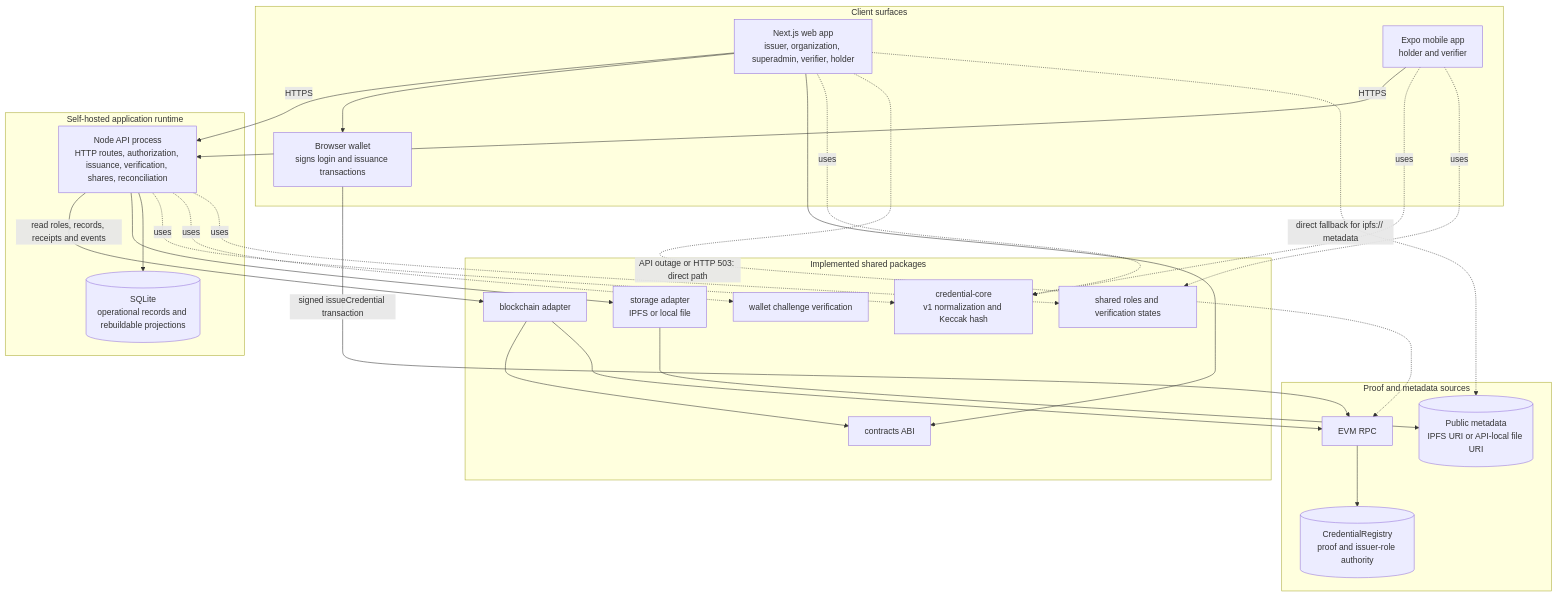
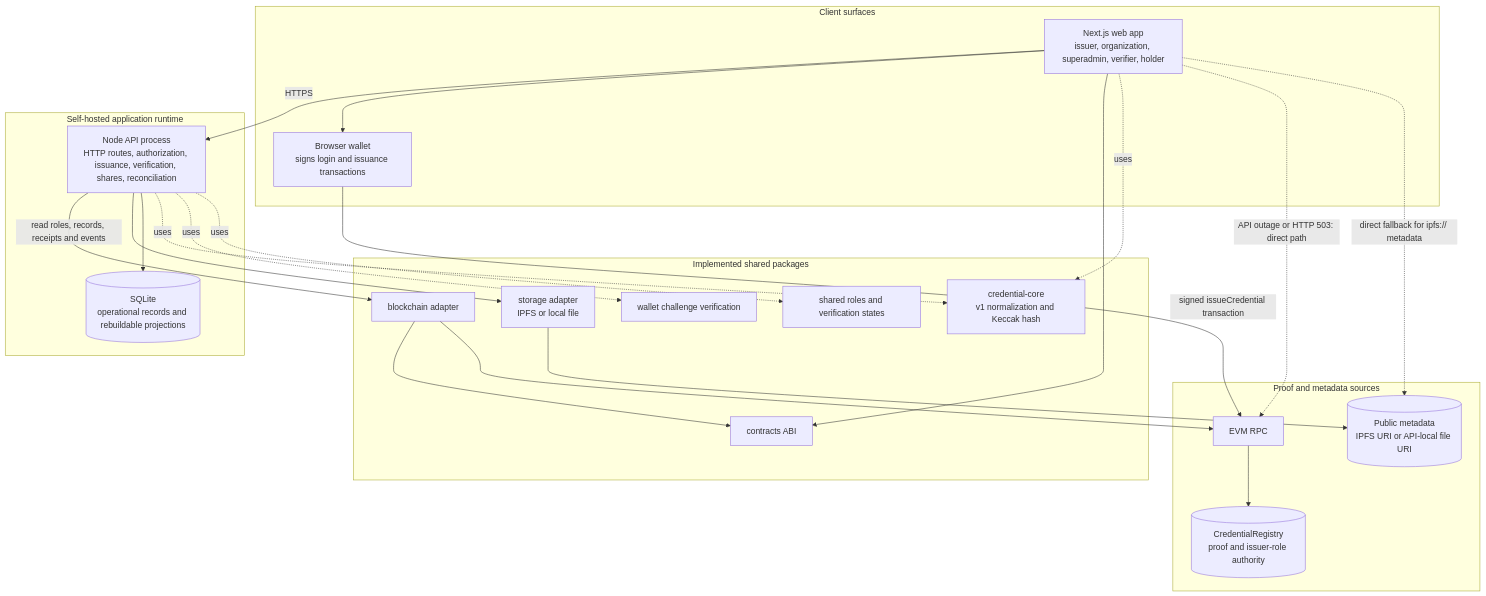
The first of 3 diagrams in presentation/content.md (vishnunathasuresh/credora), drawn with Mermaid before and after one commit. The commit also changed other lines of this file and 42 other files, not shown here.

Commit message:
Remove native mobile app

````diff
--- a/presentation/content.md
+++ b/presentation/content.md
@@ -91,49 +90,45 @@
 ```mermaid
 flowchart TB
   subgraph Clients[Client surfaces]
     Web[Next.js web app<br/>issuer, organization, superadmin, verifier, holder]
-    Mobile[Expo mobile app<br/>holder and verifier]
     Wallet[Browser wallet<br/>signs login and issuance transactions]
   end
 
   subgraph AppPackages[Implemented shared packages]
     Core[credential-core<br/>v1 normalization and Keccak hash]
     Chain[blockchain adapter]
     Abi[contracts ABI]
     Storage[storage adapter<br/>IPFS or local file]
     Auth[wallet challenge verification]
     Shared[shared roles and verification states]
   end
 
   subgraph Runtime[Self-hosted application runtime]
     API[Node API process<br/>HTTP routes, authorization, issuance, verification, shares, reconciliation]
     DB[(SQLite<br/>operational records and rebuildable projections)]
   end
 
   subgraph ProofSources[Proof and metadata sources]
     RPC[EVM RPC]
     Registry[(CredentialRegistry<br/>proof and issuer-role authority)]
     Metadata[(Public metadata<br/>IPFS URI or API-local file URI)]
   end
 
   Web -->|HTTPS| API
-  Mobile -->|HTTPS| API
   Web --> Wallet
   Wallet -->|signed issueCredential transaction| RPC
   API -->|read roles, records, receipts and events| Chain
   Chain --> Abi
   Chain --> RPC
   Web --> Abi
   RPC --> Registry
   API --> Storage
   Storage --> Metadata
   API --> DB
   API -. uses .-> Core
   API -. uses .-> Auth
   API -. uses .-> Shared
   Web -. uses .-> Core
-  Mobile -. uses .-> Core
-  Mobile -. uses .-> Shared
   Web -. API outage or HTTP 503: direct path .-> RPC
   Web -. direct fallback for ipfs:// metadata .-> Metadata
 ```
````
